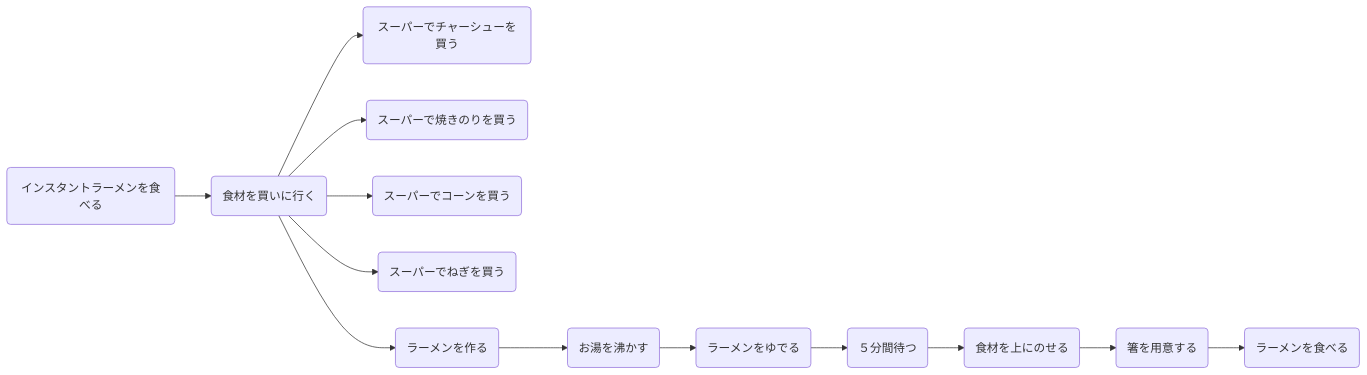
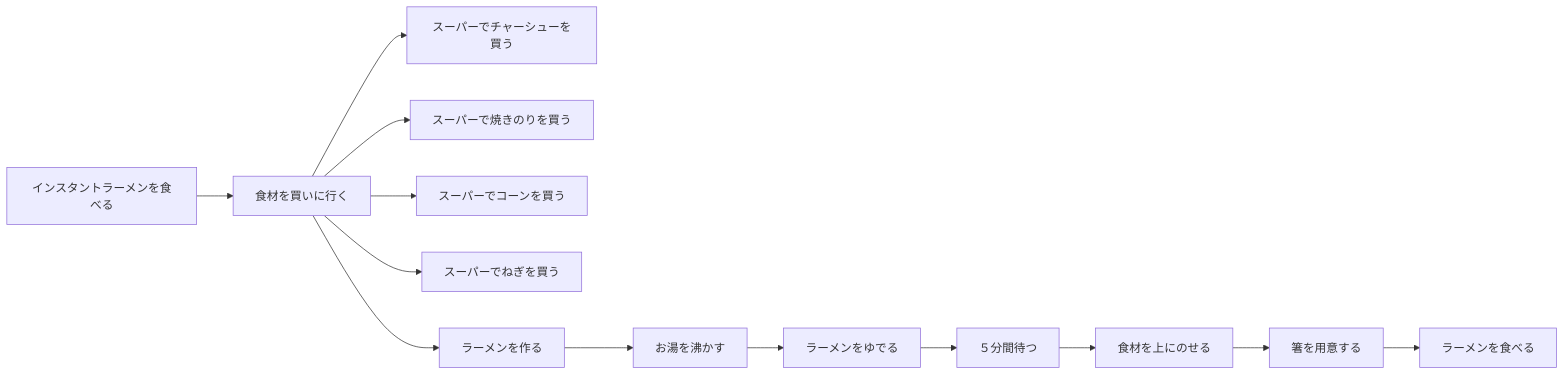
One commit to masakan590/kadai_scool changed the diagram in WBS_1_3_izon.md. Above: the diagram before and after it, drawn with Mermaid. The commit also changed 1 other file, not shown here.

Commit message:
追加

````diff
--- a/WBS_1_3_izon.md
+++ b/WBS_1_3_izon.md
@@ -1,17 +1,17 @@
 ```mermaid  
-graph LR;
+graph LR
 
- eating_ramen(インスタントラーメンを食べる) --> buy_ingredients(食材を買いに行く)
- buy_ingredients --> buying_ingredients1(スーパーでチャーシューを買う)
- buy_ingredients --> buying_ingredients2(スーパーで焼きのりを買う)
- buy_ingredients --> buying_ingredients3(スーパーでコーンを買う)
- buy_ingredients --> buying_ingredients4(スーパーでねぎを買う)
- buy_ingredients --> make_ramen(ラーメンを作る)
- make_ramen --> boil_water(お湯を沸かす)
- boil_water --> boil_ramen(ラーメンをゆでる)
- boil_ramen --> wait_time(５分間待つ)
- wait_time --> on_ingredients(食材を上にのせる)
- on_ingredients --> prepare_chopsticks(箸を用意する)
- prepare_chopsticks --> eat_ramen(ラーメンを食べる)
+ eating_ramen["インスタントラーメンを食べる"] --> buy_ingredients["食材を買いに行く"]
+ buy_ingredients --> buying_ingredients1["スーパーでチャーシューを買う"]
+ buy_ingredients --> buying_ingredients2["スーパーで焼きのりを買う"]
+ buy_ingredients --> buying_ingredients3["スーパーでコーンを買う"]
+ buy_ingredients --> buying_ingredients4["スーパーでねぎを買う"]
+ buy_ingredients --> make_ramen["ラーメンを作る"]
+ make_ramen --> boil_water["お湯を沸かす"]
+ boil_water --> boil_ramen["ラーメンをゆでる"]
+ boil_ramen --> wait_time["５分間待つ"]
+ wait_time --> on_ingredients["食材を上にのせる"]
+ on_ingredients --> prepare_chopsticks["箸を用意する"]
+ prepare_chopsticks --> eat_ramen["ラーメンを食べる"]
 
 ```
````
